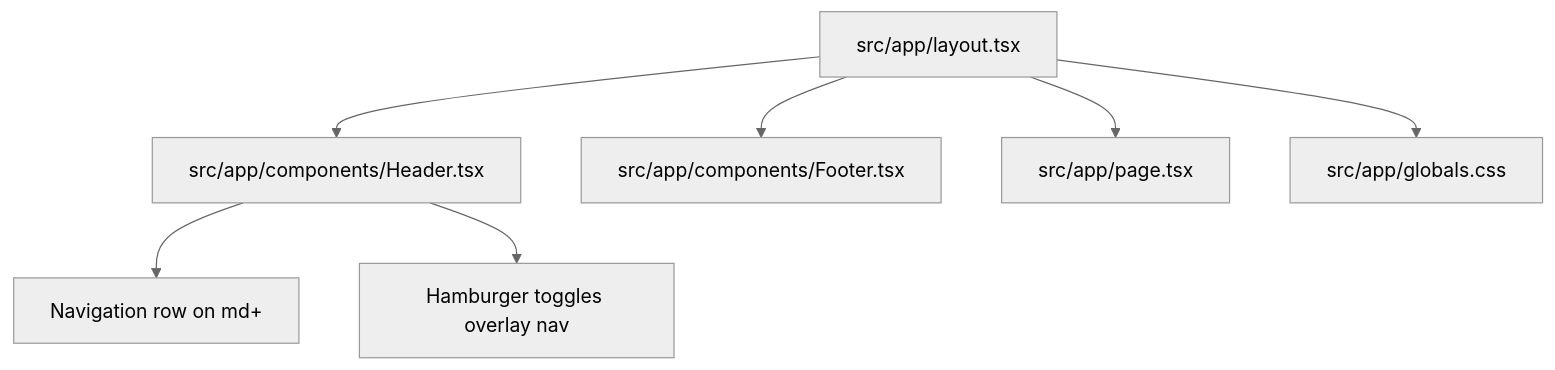
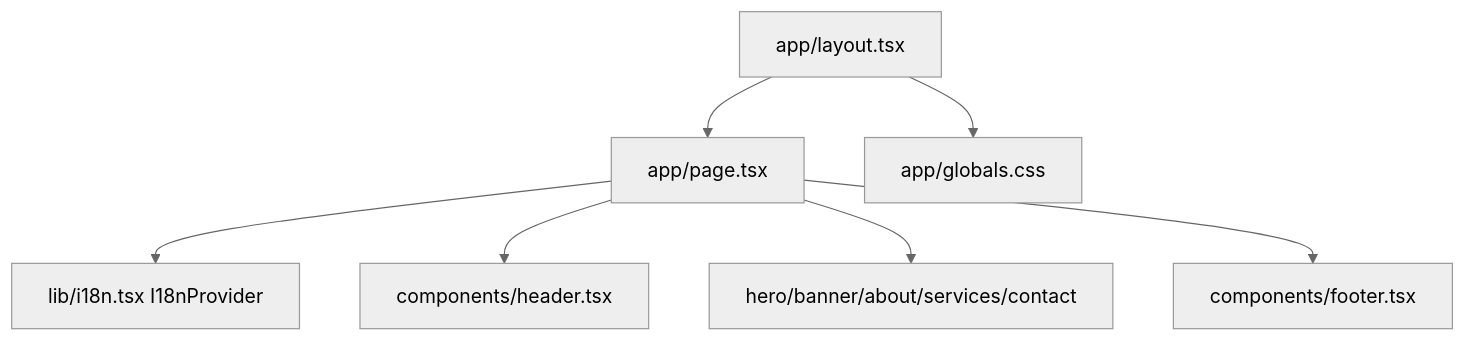
The diagram in lode/summary.md (ipavic933-spec/website-pavic), drawn with Mermaid (neutral theme) before and after one commit. The commit also changed other lines of this file and 107 other files, not shown here.

````diff
--- a/lode/summary.md
+++ b/lode/summary.md
@@ -11,9 +11,9 @@
 ```mermaid
 graph TD
-  Layout["src/app/layout.tsx"] --> Header["src/app/components/Header.tsx"]
-  Layout --> Footer["src/app/components/Footer.tsx"]
-  Layout --> Page["src/app/page.tsx"]
-  Layout --> Globals["src/app/globals.css"]
-  Header --> DesktopNav["Navigation row on md+"]
-  Header --> MobileNav["Hamburger toggles overlay nav"]
+  Layout["app/layout.tsx"] --> Page["app/page.tsx"]
+  Page --> I18N["lib/i18n.tsx I18nProvider"]
+  Page --> Header["components/header.tsx"]
+  Page --> Sections["hero/banner/about/services/contact"]
+  Page --> Footer["components/footer.tsx"]
+  Layout --> Globals["app/globals.css"]
 ```
````
